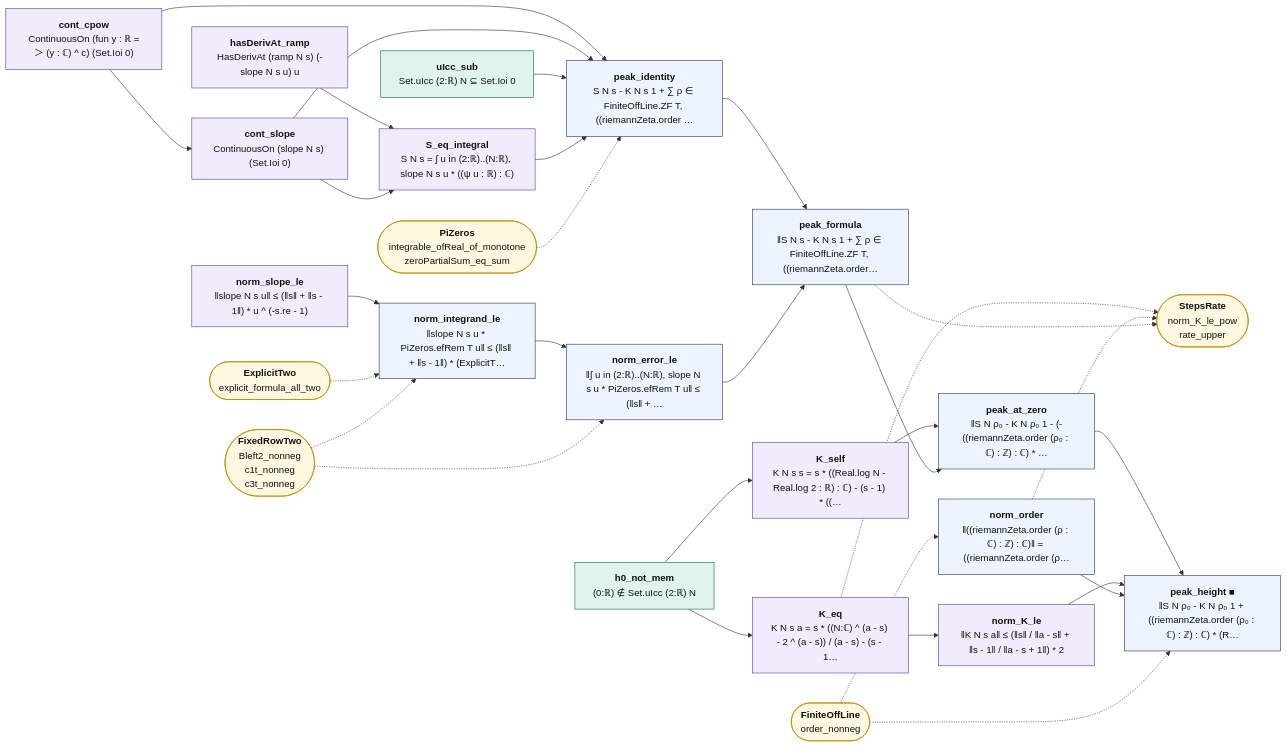
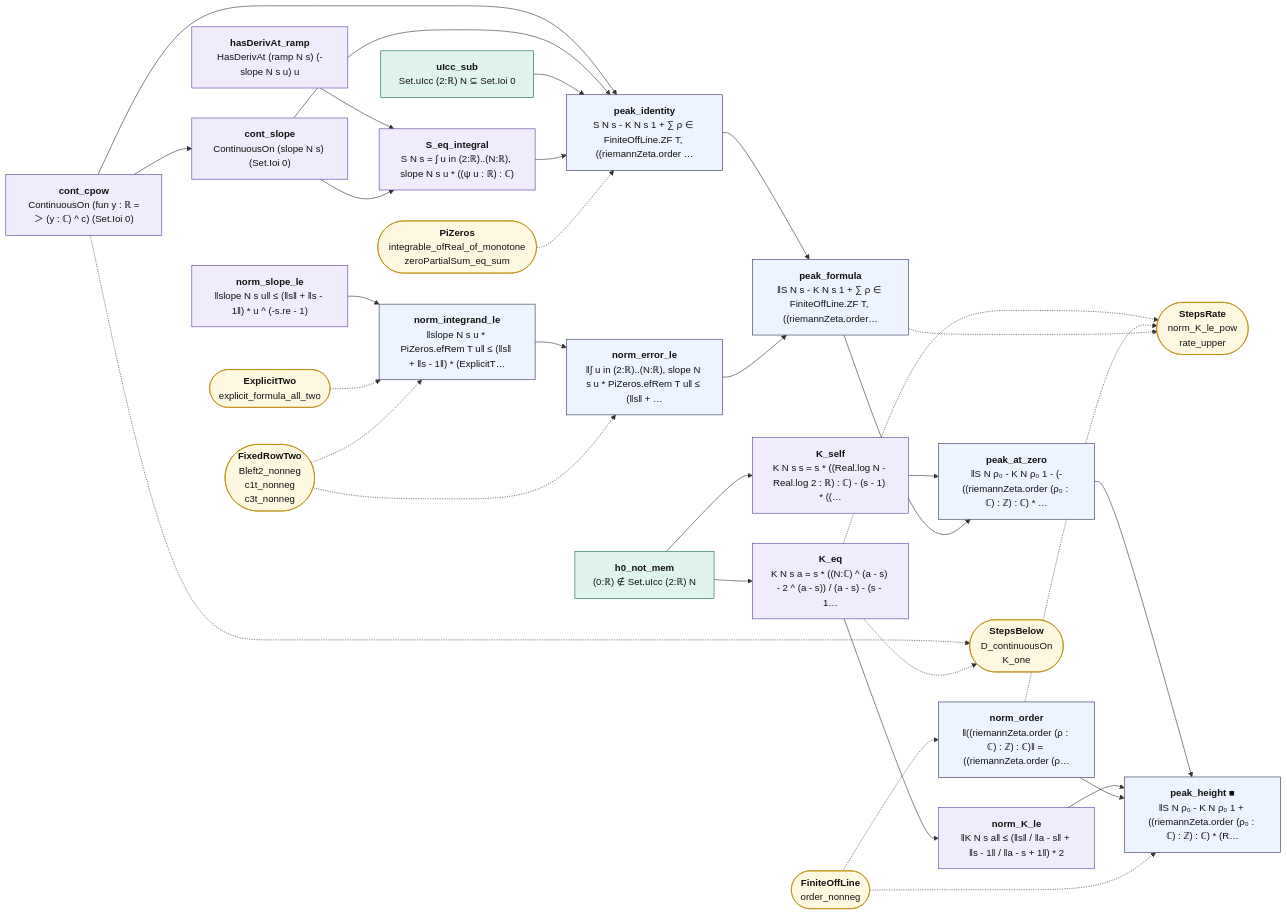
The diagram in map/lean_stage3/StepsPeak.mmd (juliansambranojr/Primebeat_081426), drawn with Mermaid before and after one commit. The commit also changed 29 other files, not shown here.

First line of the commit message:
Block R9: the turned steps rise past every bound below a zero's rate (unit 0493)

```diff
--- a/map/lean_stage3/StepsPeak.mmd
+++ b/map/lean_stage3/StepsPeak.mmd
@@ -1,59 +1,62 @@
 flowchart LR
   n0["<b>hasDerivAt_ramp</b><br/>HasDerivAt (ramp N s) (-slope N s u) u"]:::shp
   n1["<b>cont_cpow</b><br/>ContinuousOn (fun y : ℝ =＞ (y : ℂ) ^ c) (Set.Ioi 0)"]:::shp
   n2["<b>cont_slope</b><br/>ContinuousOn (slope N s) (Set.Ioi 0)"]:::shp
   n3["<b>uIcc_sub</b><br/>Set.uIcc (2:ℝ) N ⊆ Set.Ioi 0"]:::cnt
   n4["<b>S_eq_integral</b><br/>S N s = ∫ u in (2:ℝ)..(N:ℝ), slope N s u * ((ψ u : ℝ) : ℂ)"]:::shp
   n5["<b>peak_identity</b><br/>S N s - K N s 1 + ∑ ρ ∈ FiniteOffLine.ZF T, ((riemannZeta.order …"]:::thm
   n6["<b>norm_slope_le</b><br/>‖slope N s u‖ ≤ (‖s‖ + ‖s - 1‖) * u ^ (-s.re - 1)"]:::shp
   n7["<b>norm_integrand_le</b><br/>‖slope N s u * PiZeros.efRem T u‖ ≤ (‖s‖ + ‖s - 1‖) * (ExplicitT…"]:::thm
   n8["<b>norm_error_le</b><br/>‖∫ u in (2:ℝ)..(N:ℝ), slope N s u * PiZeros.efRem T u‖ ≤ (‖s‖ + …"]:::thm
   n9["<b>peak_formula</b><br/>‖S N s - K N s 1 + ∑ ρ ∈ FiniteOffLine.ZF T, ((riemannZeta.order…"]:::thm
   n10["<b>h0_not_mem</b><br/>(0:ℝ) ∉ Set.uIcc (2:ℝ) N"]:::cnt
   n11["<b>K_eq</b><br/>K N s a = s * ((N:ℂ) ^ (a - s) - 2 ^ (a - s)) / (a - s) - (s - 1…"]:::shp
   n12["<b>K_self</b><br/>K N s s = s * ((Real.log N - Real.log 2 : ℝ) : ℂ) - (s - 1) * ((…"]:::shp
   n13["<b>peak_at_zero</b><br/>‖S N ρ₀ - K N ρ₀ 1 - (-((riemannZeta.order (ρ₀ : ℂ) : ℤ) : ℂ) * …"]:::thm
   n14["<b>norm_K_le</b><br/>‖K N s a‖ ≤ (‖s‖ / ‖a - s‖ + ‖s - 1‖ / ‖a - s + 1‖) * 2"]:::shp
   n15["<b>norm_order</b><br/>‖((riemannZeta.order (ρ : ℂ) : ℤ) : ℂ)‖ = ((riemannZeta.order (ρ…"]:::thm
   n16["<b>peak_height ■</b><br/>‖S N ρ₀ - K N ρ₀ 1 + ((riemannZeta.order (ρ₀ : ℂ) : ℤ) : ℂ) * (R…"]:::thm
-  x0(["<b>PiZeros</b><br/>integrable_ofReal_of_monotone<br/>zeroPartialSum_eq_sum"]):::ext
-  x1(["<b>ExplicitTwo</b><br/>explicit_formula_all_two"]):::ext
-  x2(["<b>FixedRowTwo</b><br/>Bleft2_nonneg<br/>c1t_nonneg<br/>c3t_nonneg"]):::ext
-  x3(["<b>StepsRate</b><br/>norm_K_le_pow<br/>rate_upper"]):::ext
-  x4(["<b>FiniteOffLine</b><br/>order_nonneg"]):::ext
+  x0(["<b>StepsBelow</b><br/>D_continuousOn<br/>K_one"]):::ext
+  x1(["<b>PiZeros</b><br/>integrable_ofReal_of_monotone<br/>zeroPartialSum_eq_sum"]):::ext
+  x2(["<b>ExplicitTwo</b><br/>explicit_formula_all_two"]):::ext
+  x3(["<b>FixedRowTwo</b><br/>Bleft2_nonneg<br/>c1t_nonneg<br/>c3t_nonneg"]):::ext
+  x4(["<b>StepsRate</b><br/>norm_K_le_pow<br/>rate_upper"]):::ext
+  x5(["<b>FiniteOffLine</b><br/>order_nonneg"]):::ext
   n0 --> n4
   n1 --> n2
   n1 --> n5
   n10 --> n11
   n10 --> n12
   n11 --> n14
   n12 --> n13
   n13 --> n16
   n14 --> n16
   n15 --> n16
   n2 --> n4
   n2 --> n5
   n3 --> n5
   n4 --> n5
   n5 --> n9
   n6 --> n7
   n7 --> n8
   n8 --> n9
   n9 --> n13
-  n11 -.-> x3
-  n15 -.-> x3
-  n9 -.-> x3
-  x0 -.-> n5
-  x1 -.-> n7
+  n1 -.-> x0
+  n11 -.-> x0
+  n11 -.-> x4
+  n15 -.-> x4
+  n9 -.-> x4
+  x1 -.-> n5
   x2 -.-> n7
-  x2 -.-> n8
-  x4 -.-> n15
-  x4 -.-> n16
+  x3 -.-> n7
+  x3 -.-> n8
+  x5 -.-> n15
+  x5 -.-> n16
   classDef cnt fill:#dff5ec,stroke:#17694a,color:#111
   classDef shp fill:#f1ecfb,stroke:#5b3fa0,color:#111
   classDef rh fill:#ffe5e5,stroke:#c22,color:#111,stroke-width:2px
   classDef thm fill:#eef4ff,stroke:#335,color:#111
   classDef end_ fill:#e7f7e7,stroke:#2a7,color:#111,stroke-width:2px
   classDef lone fill:#fff,stroke:#999,color:#111,stroke-dasharray:4 3
   classDef bad fill:#ffe5e5,stroke:#c22,color:#111,stroke-width:2px
   classDef ext fill:#fff8e1,stroke:#b80,color:#111
```
